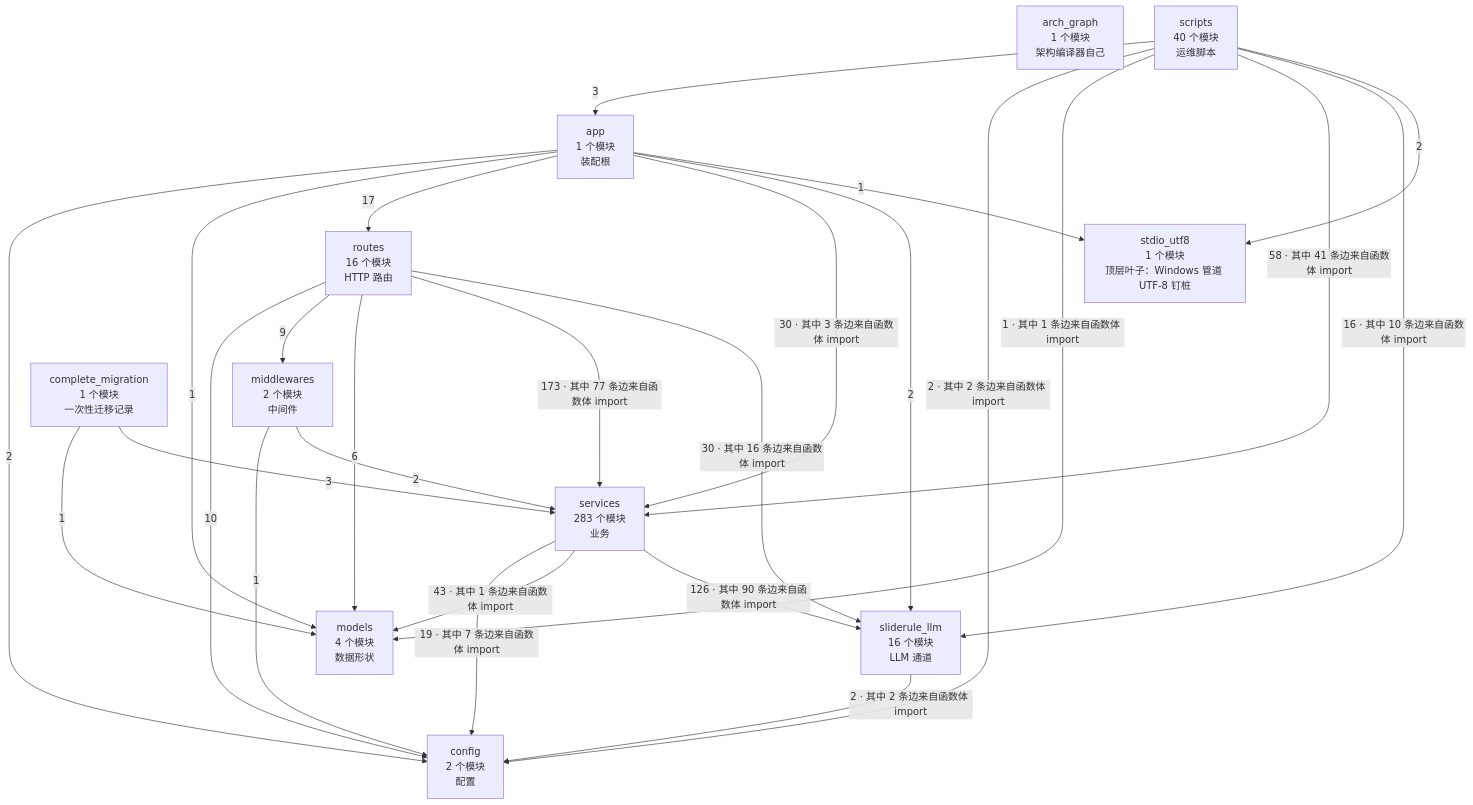
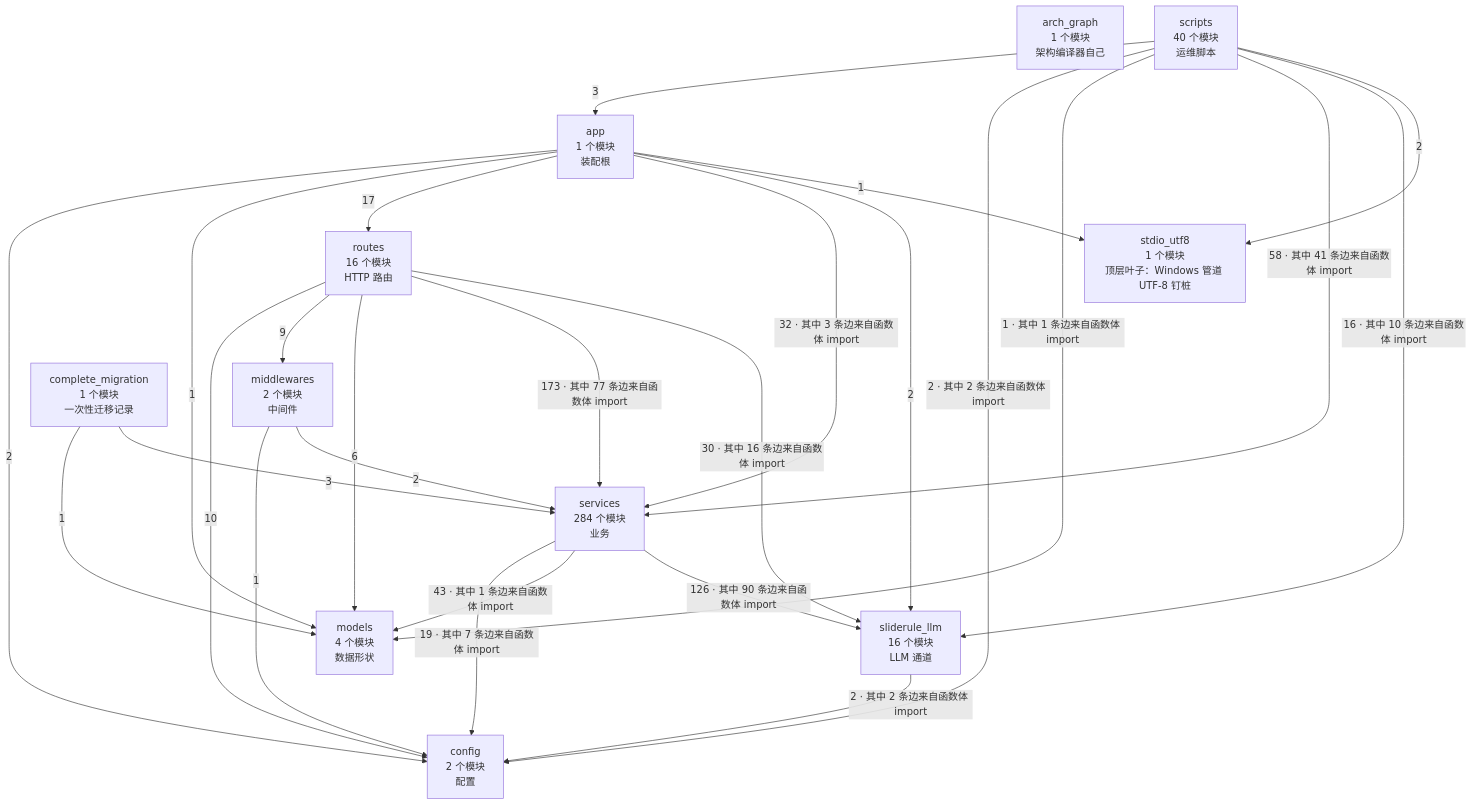
Before and after one commit to 2686521696/WhyBuddy: the second of 4 diagrams in docs/SlideRule V6.2 架构图（自动生成）.md, drawn with Mermaid. The commit also changed other lines of this file and 8 other files, not shown here.

````diff
--- a/docs/SlideRule V6.2 架构图（自动生成）.md
+++ b/docs/SlideRule V6.2 架构图（自动生成）.md
@@ -62,39 +62,39 @@
 ```mermaid
 flowchart TB
   arch_graph["arch_graph<br/>1 个模块<br/>架构编译器自己"]
   config["config<br/>2 个模块<br/>配置"]
   models["models<br/>4 个模块<br/>数据形状"]
   stdio_utf8["stdio_utf8<br/>1 个模块<br/>顶层叶子：Windows 管道 UTF-8 钉桩"]
   sliderule_llm["sliderule_llm<br/>16 个模块<br/>LLM 通道"]
   middlewares["middlewares<br/>2 个模块<br/>中间件"]
-  services["services<br/>283 个模块<br/>业务"]
+  services["services<br/>284 个模块<br/>业务"]
   routes["routes<br/>16 个模块<br/>HTTP 路由"]
   app["app<br/>1 个模块<br/>装配根"]
   complete_migration["complete_migration<br/>1 个模块<br/>一次性迁移记录"]
   scripts["scripts<br/>40 个模块<br/>运维脚本"]
   app -->|2| config
   app -->|1| models
   app -->|17| routes
-  app -->|30 · 其中 3 条边来自函数体 import| services
+  app -->|32 · 其中 3 条边来自函数体 import| services
   app -->|2| sliderule_llm
   app -->|1| stdio_utf8
   complete_migration -->|1| models
   complete_migration -->|3| services
   middlewares -->|1| config
   middlewares -->|2| services
   routes -->|10| config
   routes -->|9| middlewares
   routes -->|6| models
   routes -->|173 · 其中 77 条边来自函数体 import| services
   routes -->|30 · 其中 16 条边来自函数体 import| sliderule_llm
   scripts -->|3| app
   scripts -->|2 · 其中 2 条边来自函数体 import| config
   scripts -->|1 · 其中 1 条边来自函数体 import| models
   scripts -->|58 · 其中 41 条边来自函数体 import| services
   scripts -->|16 · 其中 10 条边来自函数体 import| sliderule_llm
   scripts -->|2| stdio_utf8
   services -->|19 · 其中 7 条边来自函数体 import| config
   services -->|43 · 其中 1 条边来自函数体 import| models
   services -->|126 · 其中 90 条边来自函数体 import| sliderule_llm
   sliderule_llm -->|2 · 其中 2 条边来自函数体 import| config
 ```
````
